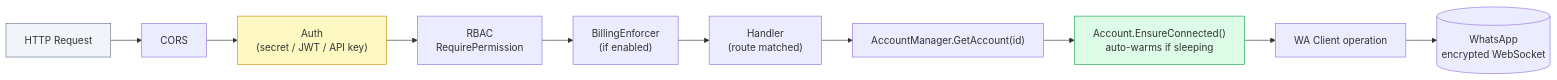
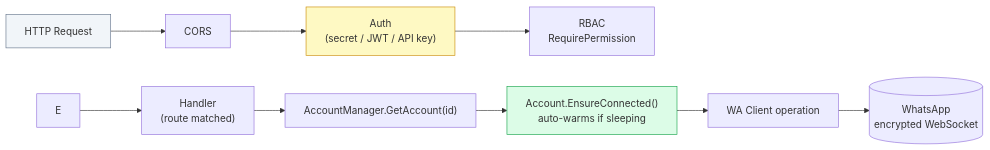
One commit to devstroop/notalk-server changed the second of 4 diagrams in docs/architecture.md. Above: the diagram before and after it, drawn with Mermaid. The commit also changed other lines of this file and 21 other files, not shown here.

````diff
--- a/docs/architecture.md
+++ b/docs/architecture.md
@@ -115,16 +108,15 @@
 ```mermaid
 flowchart LR
     A["HTTP Request"] --> B["CORS"]
     B --> C["Auth<br/>(secret / JWT / API key)"]
     C --> D["RBAC<br/>RequirePermission"]
-    D --> E["BillingEnforcer<br/>(if enabled)"]
     E --> F["Handler<br/>(route matched)"]
     F --> G["AccountManager.GetAccount(id)"]
     G --> H["Account.EnsureConnected()<br/>auto-warms if sleeping"]
     H --> I["WA Client operation"]
     I --> J[("WhatsApp<br/>encrypted WebSocket")]
 
     style A fill:#f1f5f9,stroke:#64748b
     style C fill:#fef9c3,stroke:#ca8a04
     style H fill:#dcfce7,stroke:#16a34a
 ```
````
